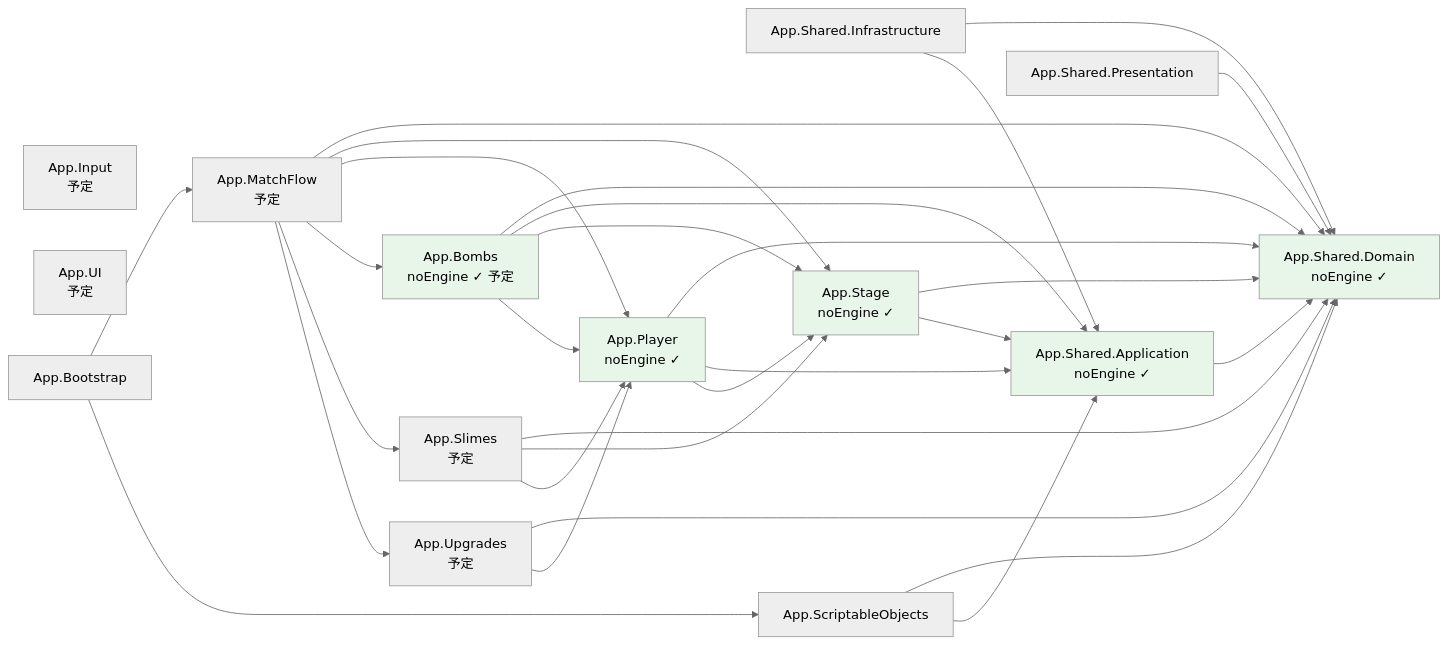
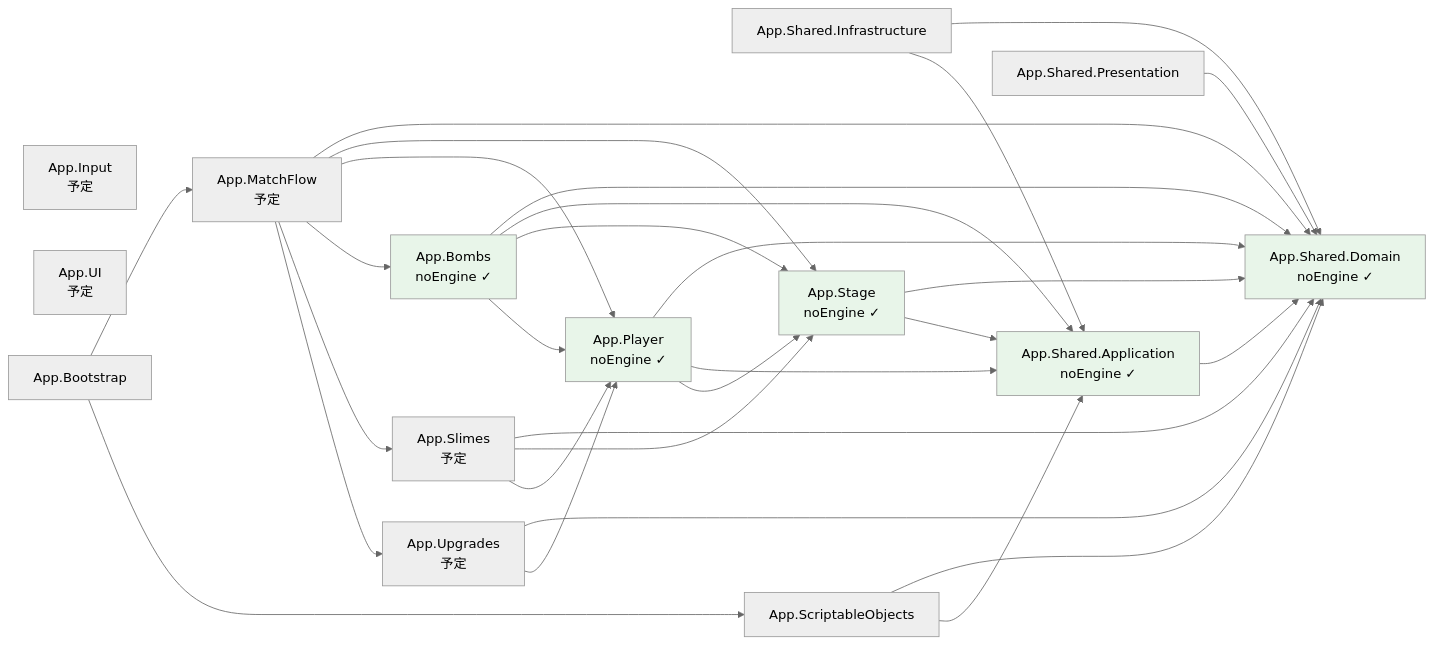
Before and after one commit to OUCC/2026-spring-hackathon-teamA: the second of 10 diagrams in docs/architecture.md, drawn with Mermaid (neutral theme). The commit also changed other lines of this file and 2 other files, not shown here.

````diff
--- a/docs/architecture.md
+++ b/docs/architecture.md
@@ -52,52 +52,52 @@
 ```mermaid
 graph LR
     SD["App.Shared.Domain<br/>noEngine ✓"]
     SA["App.Shared.Application<br/>noEngine ✓"]
     SI[App.Shared.Infrastructure]
     SP[App.Shared.Presentation]
     AST["App.Stage<br/>noEngine ✓"]
     APL["App.Player<br/>noEngine ✓"]
-    ABM["App.Bombs<br/>noEngine ✓ 予定"]
+    ABM["App.Bombs<br/>noEngine ✓"]
     ASL["App.Slimes<br/>予定"]
     AUP["App.Upgrades<br/>予定"]
     AMF["App.MatchFlow<br/>予定"]
     AIN["App.Input<br/>予定"]
     AUI["App.UI<br/>予定"]
     ASO[App.ScriptableObjects]
     ABT[App.Bootstrap]
 
     SA --> SD
     SI --> SD
     SI --> SA
     SP --> SD
     AST --> SD
     AST --> SA
     APL --> SD
     APL --> SA
     APL --> AST
     ABM --> SD
     ABM --> SA
     ABM --> AST
     ABM --> APL
     ASL --> SD
     ASL --> AST
     ASL --> APL
     AUP --> SD
     AUP --> APL
     AMF --> SD
     AMF --> AST
     AMF --> APL
     AMF --> ABM
     AMF --> ASL
     AMF --> AUP
     ASO --> SD
     ASO --> SA
     ABT --> AMF
     ABT --> ASO
 
     style SD fill:#e8f5e9
     style SA fill:#e8f5e9
     style AST fill:#e8f5e9
     style APL fill:#e8f5e9
     style ABM fill:#e8f5e9
 ```
````
